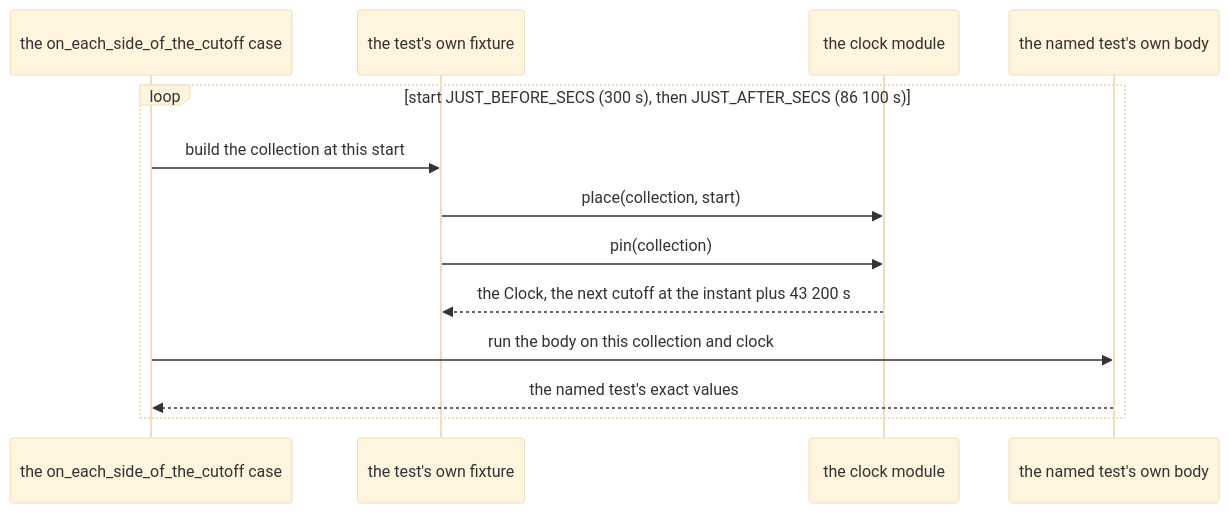
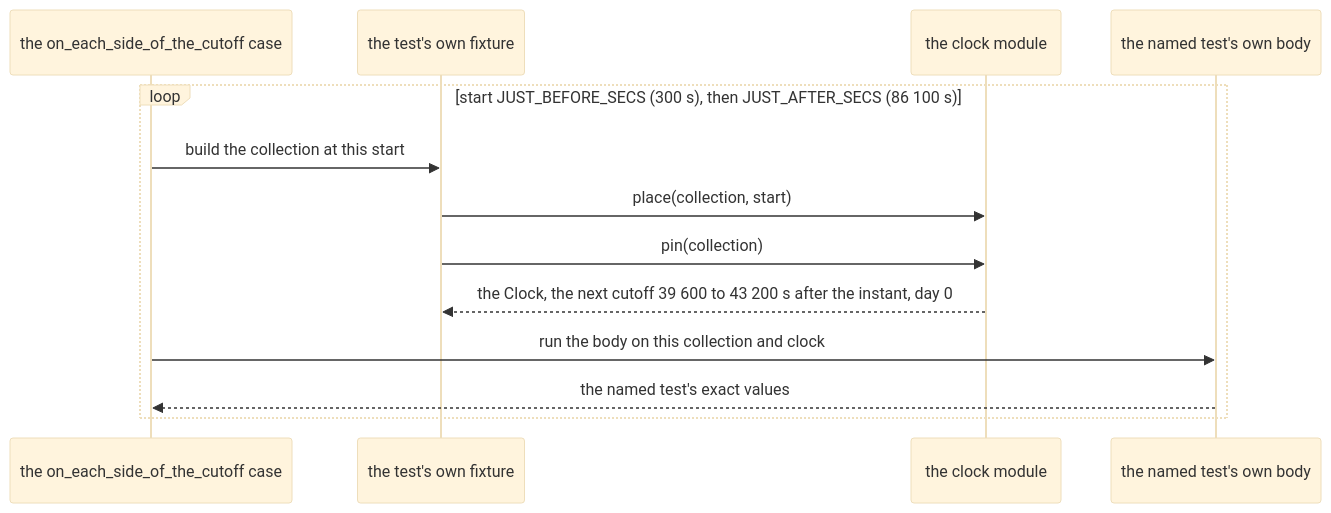
One commit to RexRenatus/deck-streak changed the ninth of 10 diagrams in docs/schematics/scheduler-tests-take-their-time-from-one-injected-clock.md. Above: the diagram before and after it, drawn with Mermaid (base theme). The commit also changed other lines of this file and 2 other files, not shown here.

Commit message:
docs(specs): amend SPEC-443 and ADR-457 to the measured clock seam

````diff
--- a/docs/schematics/scheduler-tests-take-their-time-from-one-injected-clock.md
+++ b/docs/schematics/scheduler-tests-take-their-time-from-one-injected-clock.md
@@ -258,15 +301,15 @@
 ```mermaid
 sequenceDiagram
   participant N as the on_each_side_of_the_cutoff case
   participant P as the test's own fixture
   participant C as the clock module
   participant B as the named test's own body
   loop start JUST_BEFORE_SECS (300 s), then JUST_AFTER_SECS (86 100 s)
     N->>P: build the collection at this start
     P->>C: place(collection, start)
     P->>C: pin(collection)
-    C-->>P: the Clock, the next cutoff at the instant plus 43 200 s
+    C-->>P: the Clock, the next cutoff 39 600 to 43 200 s after the instant, day 0
     N->>B: run the body on this collection and clock
     B-->>N: the named test's exact values
   end
 ```
````
